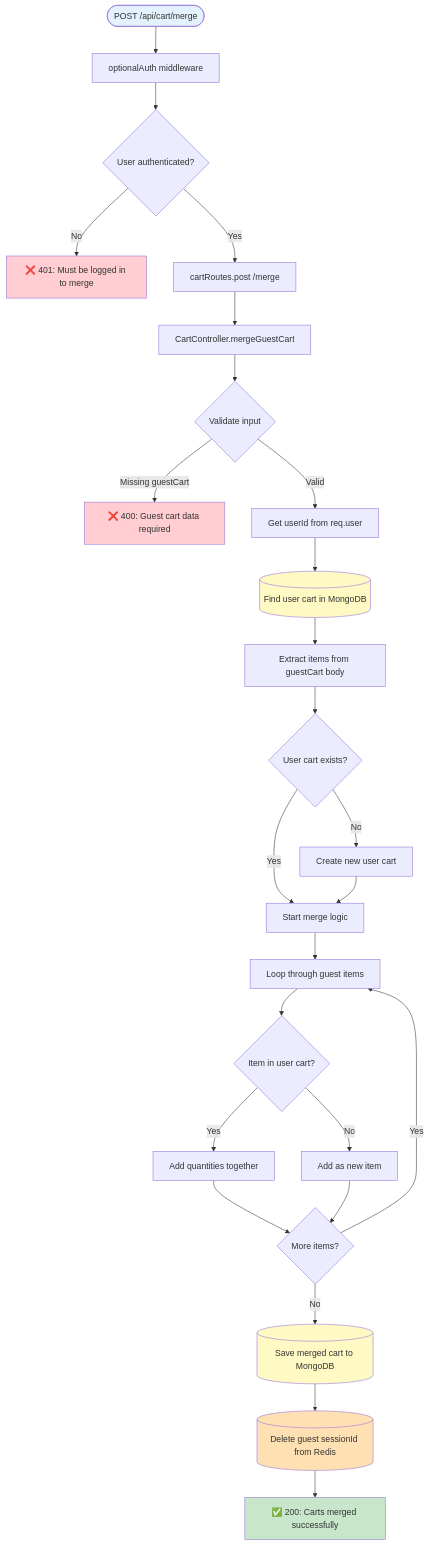
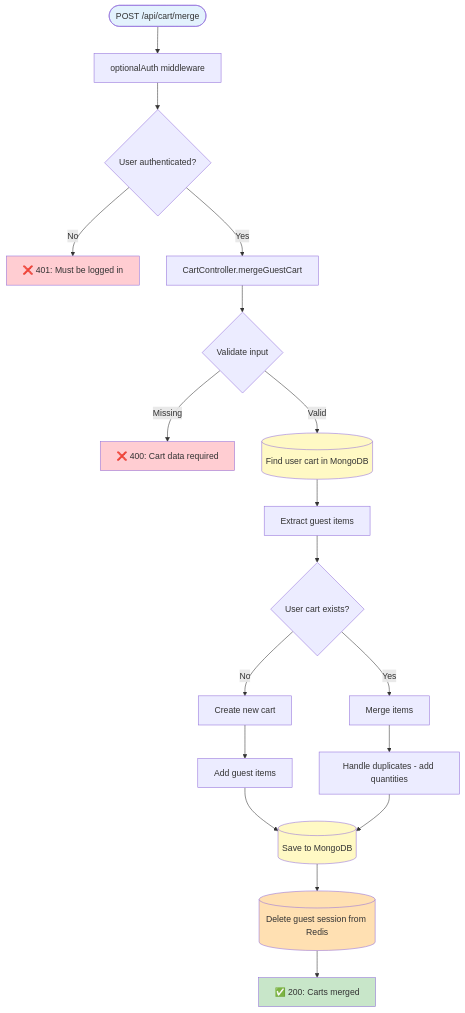
Diagram 16 of 26 in docs/SERVER_ENDPOINTS_MAP.md (shmuelkapiloff/simple-), drawn with Mermaid before and after one commit. The commit also changed other lines of this file, not shown here.

Commit message:
fix: Simplify 5 problematic flowcharts by removing merge points

````diff
--- a/docs/SERVER_ENDPOINTS_MAP.md
+++ b/docs/SERVER_ENDPOINTS_MAP.md
@@ -874,43 +861,34 @@
 ```mermaid
 flowchart TD
     Request([POST /api/cart/merge]) --> OptionalAuth[optionalAuth middleware]
     OptionalAuth --> CheckAuth{User authenticated?}
-    CheckAuth -->|No| Return401["❌ 401: Must be logged in to merge"]
-    CheckAuth -->|Yes| RouteHandler[cartRoutes.post /merge]
+    CheckAuth -->|No| Return401["❌ 401: Must be logged in"]
+    CheckAuth -->|Yes| Controller[CartController.mergeGuestCart]
     
-    RouteHandler --> Controller[CartController.mergeGuestCart]
     Controller --> ValidateInput{Validate input}
-    ValidateInput -->|Missing guestCart| Return400["❌ 400: Guest cart data required"]
-    ValidateInput -->|Valid| GetUserId[Get userId from req.user]
+    ValidateInput -->|Missing| Return400["❌ 400: Cart data required"]
+    ValidateInput -->|Valid| FindUserCart[(Find user cart in MongoDB)]
     
-    GetUserId --> FindUserCart[(Find user cart in MongoDB)]
-    FindUserCart --> GetGuestItems[Extract items from guestCart body]
+    FindUserCart --> GetGuestItems[Extract guest items]
+    GetGuestItems --> UserCartExists{User cart exists?}
     
-    GetGuestItems --> UserCartExists{User cart exists?}
-    UserCartExists -->|No| CreateUserCart[Create new user cart]
-    UserCartExists -->|Yes| MergeLogic[Start merge logic]
+    UserCartExists -->|No| CreateCart[Create new cart]
+    UserCartExists -->|Yes| MergeItems[Merge items]
     
-    CreateUserCart --> MergeLogic
-    MergeLogic --> LoopItems[Loop through guest items]
+    CreateCart --> AddGuestItems[Add guest items]
+    MergeItems --> ProcessDuplicates[Handle duplicates - add quantities]
     
-    LoopItems --> CheckItem{Item in user cart?}
-    CheckItem -->|Yes| AddQuantities[Add quantities together]
-    CheckItem -->|No| AddNewItem[Add as new item]
+    AddGuestItems --> SaveCart[(Save to MongoDB)]
+    ProcessDuplicates --> SaveCart
     
-    AddQuantities --> NextItem{More items?}
-    AddNewItem --> NextItem
-    NextItem -->|Yes| LoopItems
-    NextItem -->|No| SaveMerged[(Save merged cart to MongoDB)]
-    
-    SaveMerged --> DeleteGuestSession[(Delete guest sessionId from Redis)]
-    DeleteGuestSession --> Return200["✅ 200: Carts merged successfully"]
-    
+    SaveCart --> CleanupRedis[(Delete guest session from Redis)]
+    CleanupRedis --> Return200["✅ 200: Carts merged"]
     
     style Request fill:#e3f2fd
     style Return200 fill:#c8e6c9
     style Return401 fill:#ffcdd2
     style Return400 fill:#ffcdd2
     style FindUserCart fill:#fff9c4
-    style SaveMerged fill:#fff9c4
-    style DeleteGuestSession fill:#ffe0b2
+    style SaveCart fill:#fff9c4
+    style CleanupRedis fill:#ffe0b2
 ```
````
